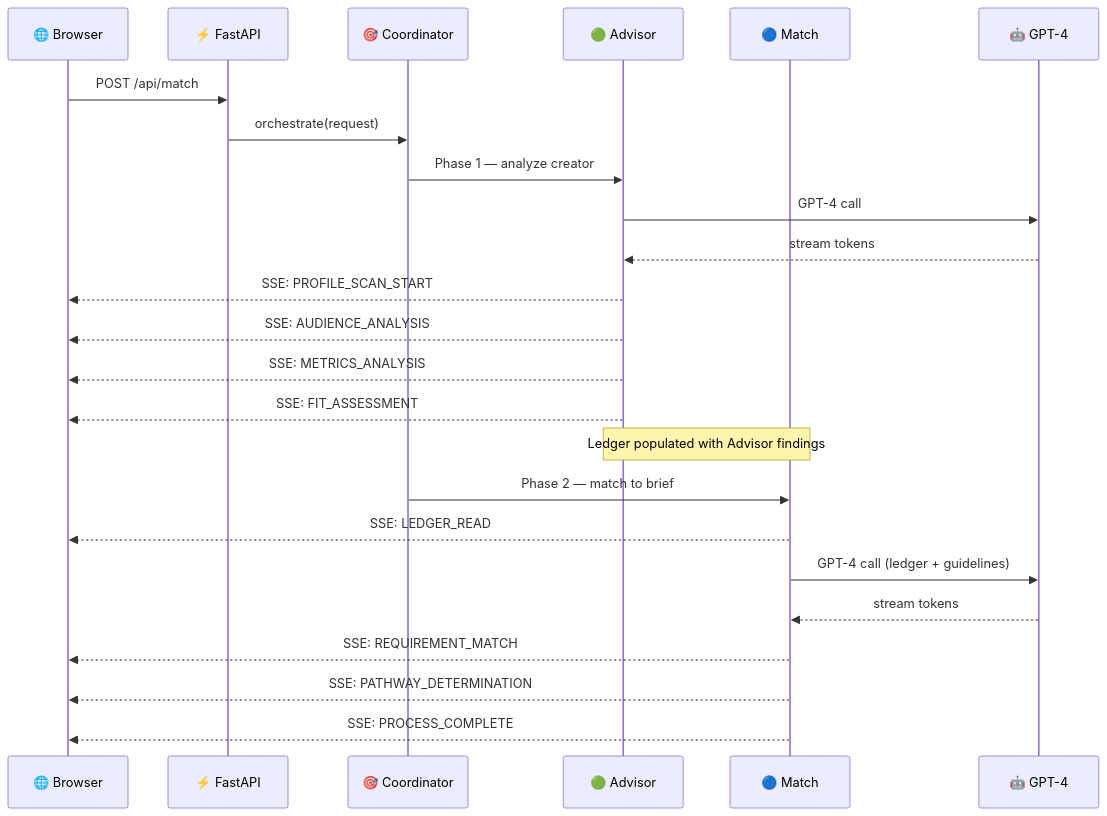
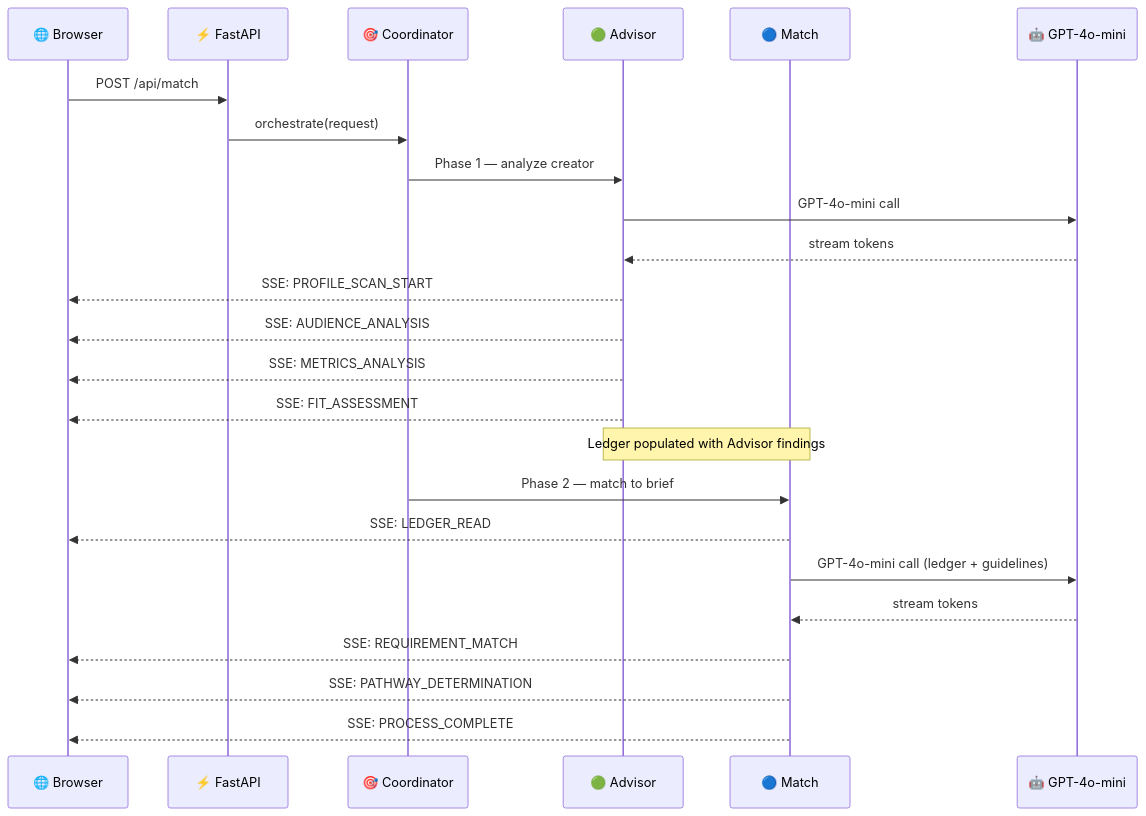
Before and after one commit to divyat2605/creator-collab-coordinator: the fourth of 8 diagrams in README.md, drawn with Mermaid. The commit also changed other lines of this file, not shown here.

Commit message:
docs: correct all GPT-4 references to GPT-4o-mini across README

````diff
--- a/README.md
+++ b/README.md
@@ -209,29 +208,29 @@
 ```mermaid
 sequenceDiagram
     participant B as 🌐 Browser
     participant F as ⚡ FastAPI
     participant C as 🎯 Coordinator
     participant ADV as 🟢 Advisor
     participant MAT as 🔵 Match
-    participant OAI as 🤖 GPT-4
+    participant OAI as 🤖 GPT-4o-mini
 
     B->>F: POST /api/match
     F->>C: orchestrate(request)
     C->>ADV: Phase 1 — analyze creator
-    ADV->>OAI: GPT-4 call
+    ADV->>OAI: GPT-4o-mini call
     OAI-->>ADV: stream tokens
     ADV-->>B: SSE: PROFILE_SCAN_START
     ADV-->>B: SSE: AUDIENCE_ANALYSIS
     ADV-->>B: SSE: METRICS_ANALYSIS
     ADV-->>B: SSE: FIT_ASSESSMENT
 
     Note over ADV,MAT: Ledger populated with Advisor findings
 
     C->>MAT: Phase 2 — match to brief
     MAT-->>B: SSE: LEDGER_READ
-    MAT->>OAI: GPT-4 call (ledger + guidelines)
+    MAT->>OAI: GPT-4o-mini call (ledger + guidelines)
     OAI-->>MAT: stream tokens
     MAT-->>B: SSE: REQUIREMENT_MATCH
     MAT-->>B: SSE: PATHWAY_DETERMINATION
     MAT-->>B: SSE: PROCESS_COMPLETE
 ```
````
